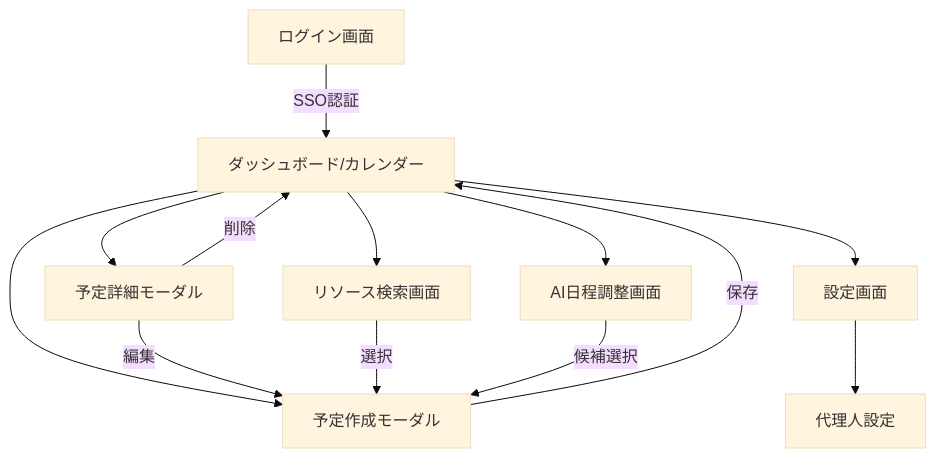
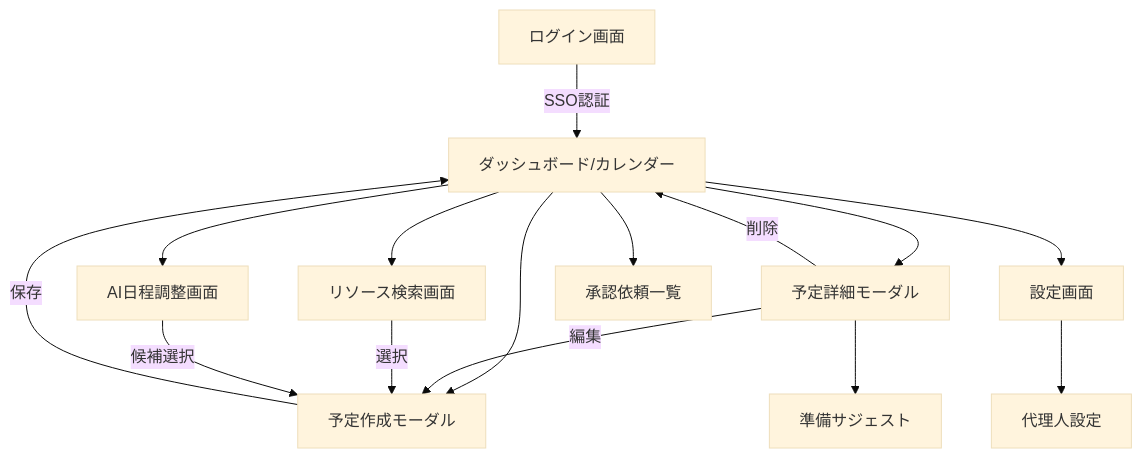
One commit to zurustar/aiexb2 changed the third of 3 diagrams in docs/basic_design.md. Above: the diagram before and after it, drawn with Mermaid (base theme). The commit also changed other lines of this file and 4 other files, not shown here.

````diff
--- a/docs/basic_design.md
+++ b/docs/basic_design.md
@@ -151,19 +156,22 @@
 ```mermaid
 graph TD
     Login[ログイン画面] -->|SSO認証| Dashboard[ダッシュボード/カレンダー]
     
     Dashboard --> CreateEvent[予定作成モーダル]
     Dashboard --> EventDetail[予定詳細モーダル]
     Dashboard --> ResourceSearch[リソース検索画面]
     Dashboard --> AISearch[AI日程調整画面]
     
     CreateEvent -->|保存| Dashboard
     EventDetail -->|編集| CreateEvent
     EventDetail -->|削除| Dashboard
     
     ResourceSearch -->|選択| CreateEvent
     AISearch -->|候補選択| CreateEvent
     
     Dashboard --> Settings[設定画面]
     Settings --> ProxySettings[代理人設定]
+    
+    Dashboard --> ApprovalList[承認依頼一覧]
+    EventDetail --> PrepSuggest[準備サジェスト]
 ```
````
